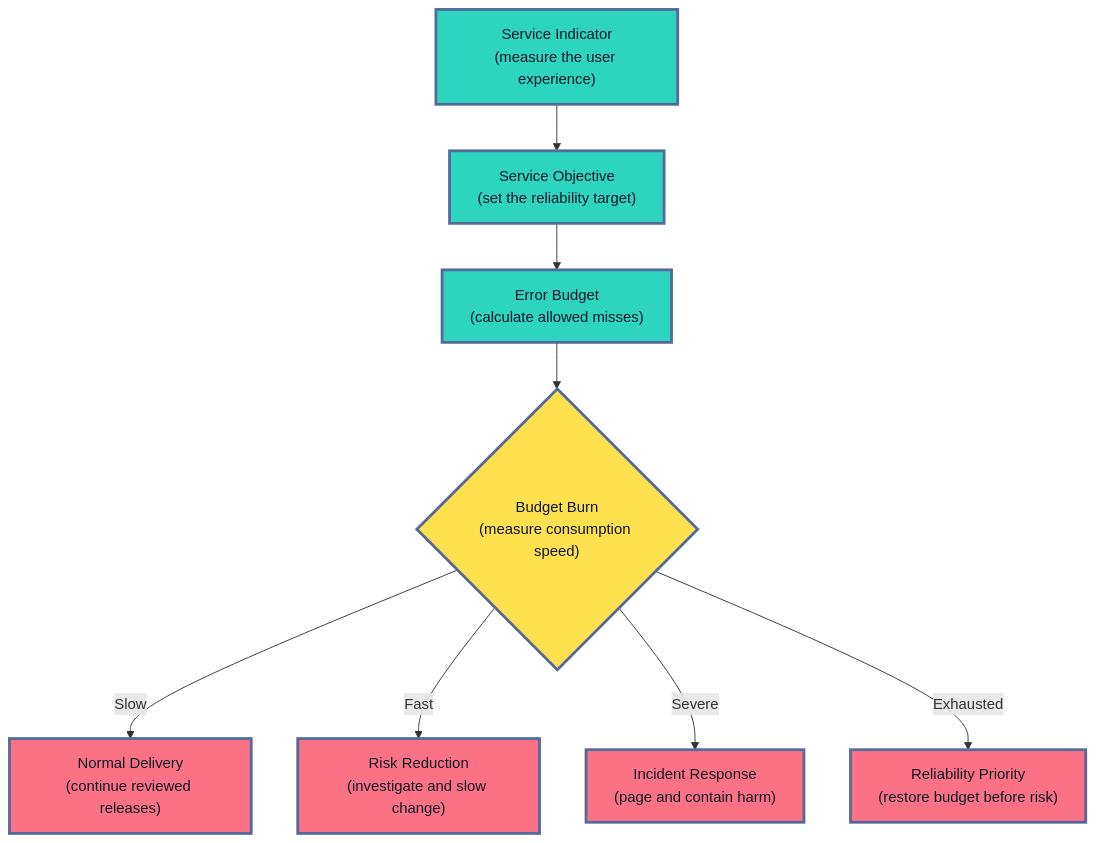
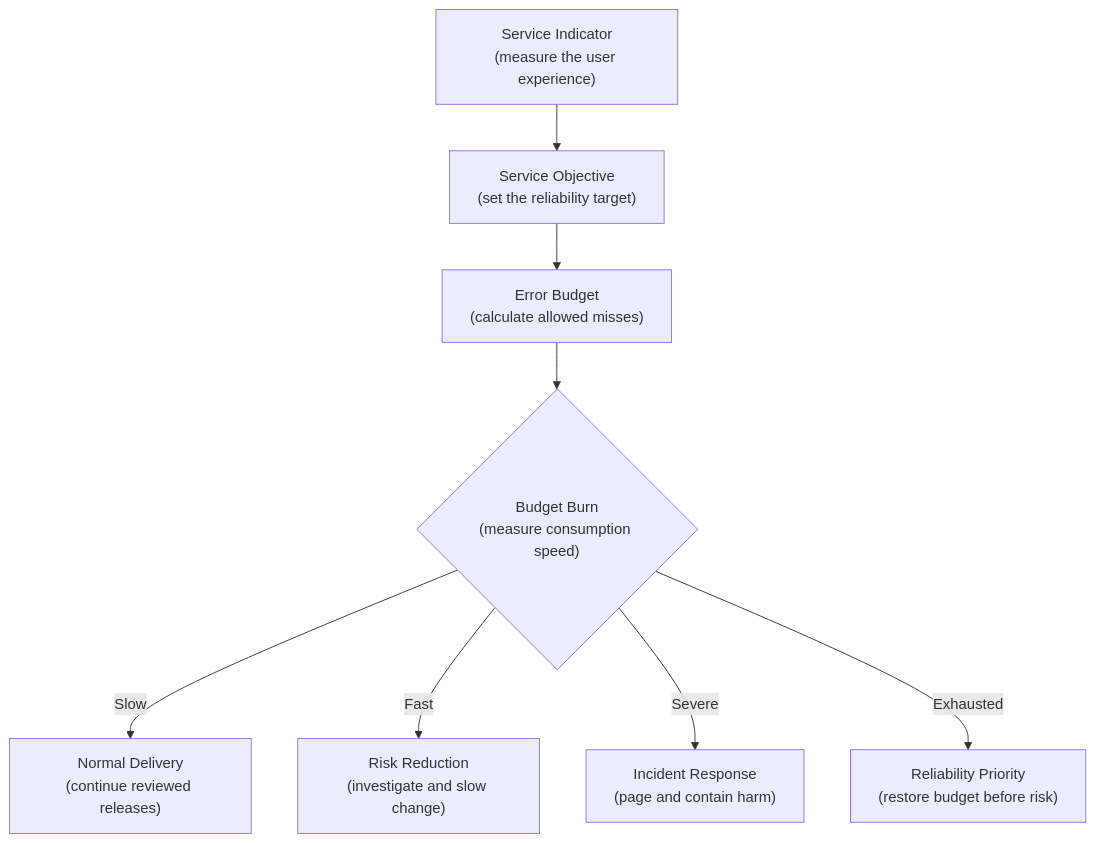
The ninth of 11 diagrams in roadmaps/mlops/modules/monitoring-and-feedback/system-observability/01-monitoring-latency-errors-resources.md (senlinyy/dev-roadmaps), drawn with Mermaid before and after one commit. The commit also changed other lines of this file and 152 other files, not shown here.

Commit message:
feat: mlops and diagrams updated

````diff
--- a/roadmaps/mlops/modules/monitoring-and-feedback/system-observability/01-monitoring-latency-errors-resources.md
+++ b/roadmaps/mlops/modules/monitoring-and-feedback/system-observability/01-monitoring-latency-errors-resources.md
@@ -665,17 +614,14 @@
 ```mermaid
 flowchart TD
     A["Service Indicator<br/>(measure the user experience)"] --> B["Service Objective<br/>(set the reliability target)"]
     B --> C["Error Budget<br/>(calculate allowed misses)"]
     C --> D{"Budget Burn<br/>(measure consumption speed)"}
     D -->|"Slow"| E["Normal Delivery<br/>(continue reviewed releases)"]
     D -->|"Fast"| F["Risk Reduction<br/>(investigate and slow change)"]
     D -->|"Severe"| G["Incident Response<br/>(page and contain harm)"]
     D -->|"Exhausted"| H["Reliability Priority<br/>(restore budget before risk)"]
 
-    classDef measure fill:#2DD4BF,stroke:#536A9A,stroke-width:3px,color:#0F172A
-    classDef decision fill:#FFE04F,stroke:#536A9A,stroke-width:3px,color:#111827
-    classDef action fill:#FB7185,stroke:#536A9A,stroke-width:3px,color:#111827
     class A,B,C measure
     class D decision
     class E,F,G,H action
 ```
````
